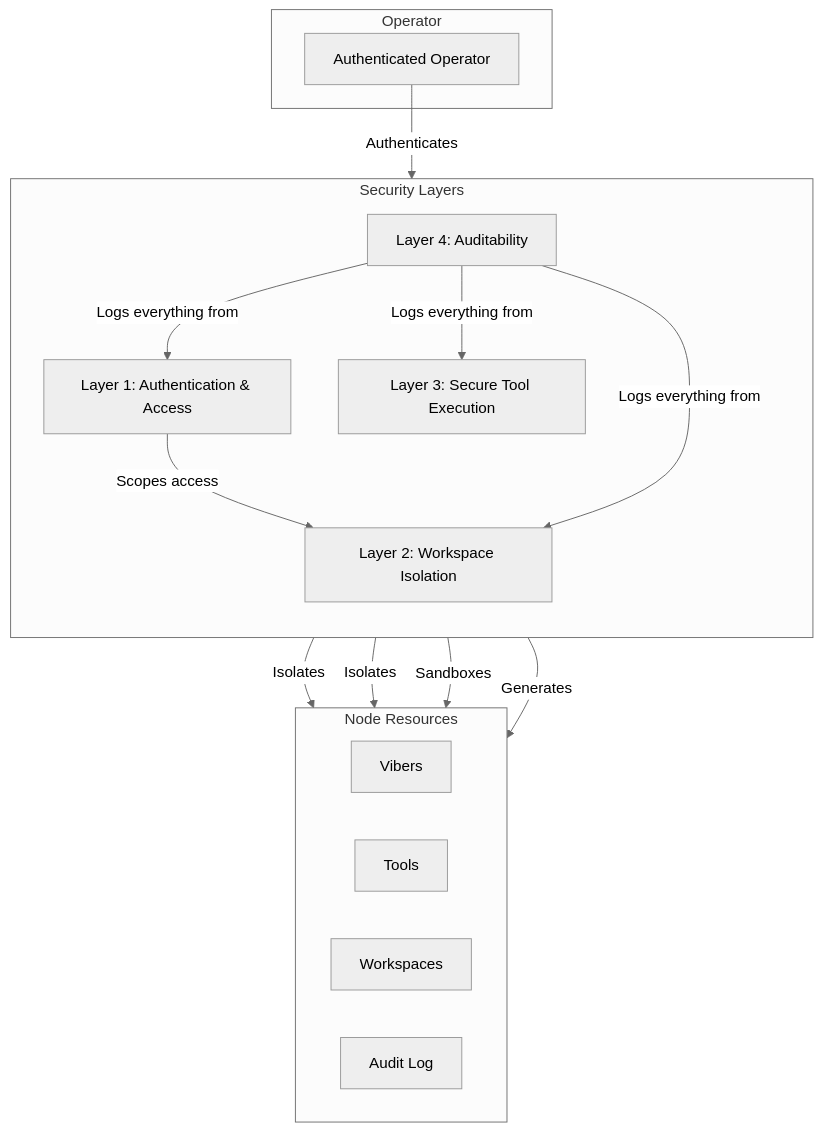
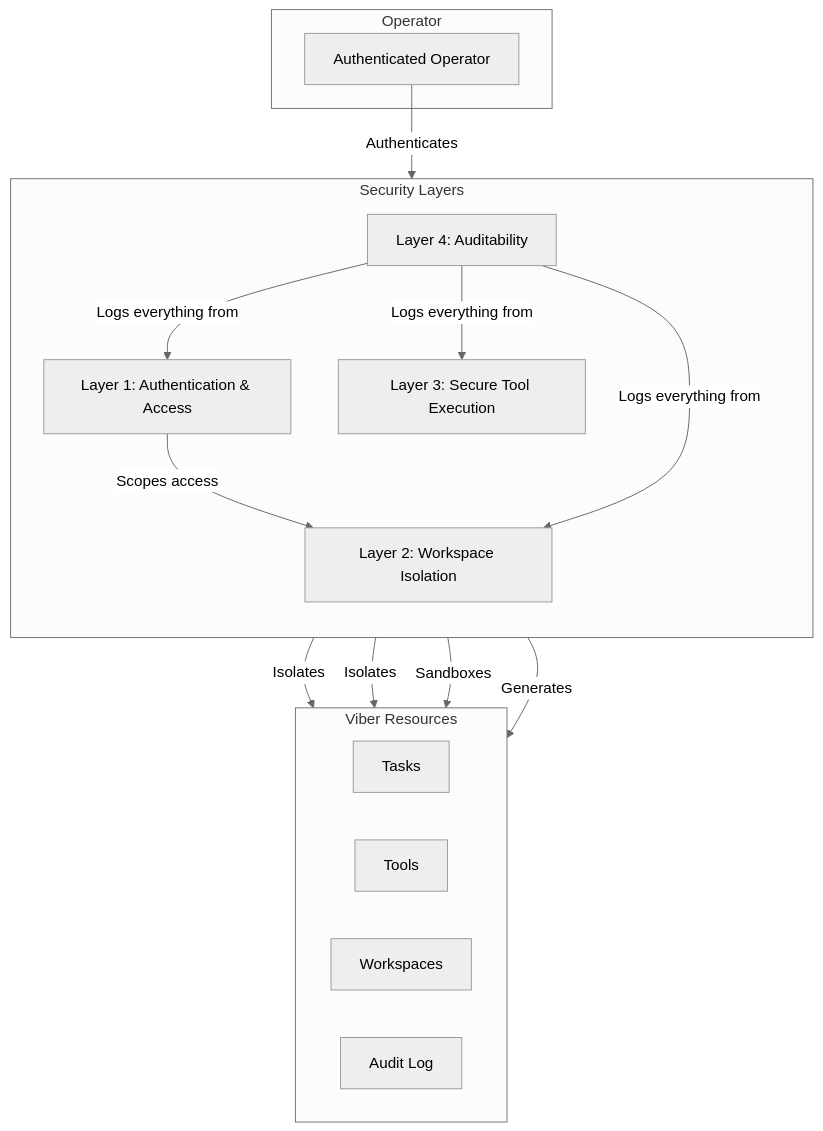
One commit to dustland/openviber changed the first of 2 diagrams in docs/design/security.md. Above: the diagram before and after it, drawn with Mermaid (neutral theme). The commit also changed other lines of this file and 16 other files, not shown here.

````diff
--- a/docs/design/security.md
+++ b/docs/design/security.md
@@ -14,32 +14,32 @@
 ```mermaid
 graph TD
     subgraph "Operator"
         User["Authenticated Operator"]
     end
 
     subgraph "Security Layers"
         direction TB
         L1["Layer 1: Authentication & Access"]
         L2["Layer 2: Workspace Isolation"]
         L3["Layer 3: Secure Tool Execution"]
         L4["Layer 4: Auditability"]
     end
 
-    subgraph "Node Resources"
+    subgraph "Viber Resources"
         direction LR
-        Vibers["Vibers"]
+        Tasks["Tasks"]
         Tools["Tools"]
         Spaces["Workspaces"]
         Logs["Audit Log"]
     end
 
     User -- "Authenticates" --> L1
     L1 -- "Scopes access" --> L2
-    L2 -- "Isolates" --> Vibers
+    L2 -- "Isolates" --> Tasks
     L2 -- "Isolates" --> Spaces
     L3 -- "Sandboxes" --> Tools
     L4 -- "Logs everything from" --> L1
     L4 -- "Logs everything from" --> L2
     L4 -- "Logs everything from" --> L3
     L4 -- "Generates" --> Logs
 ```
````
